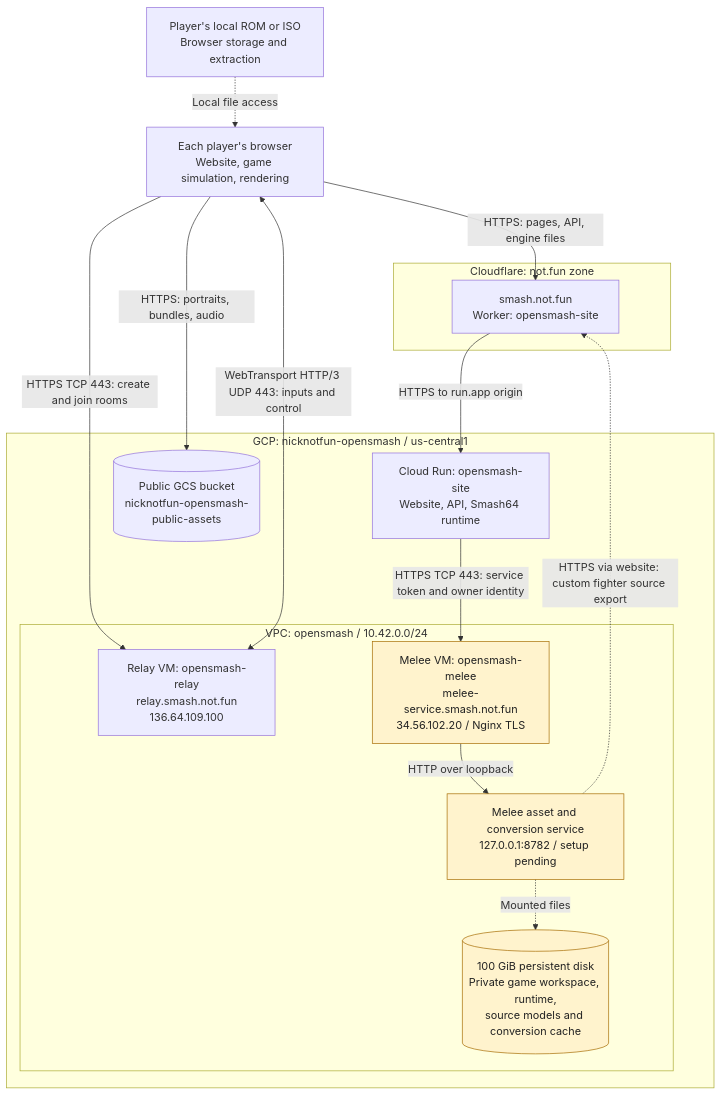
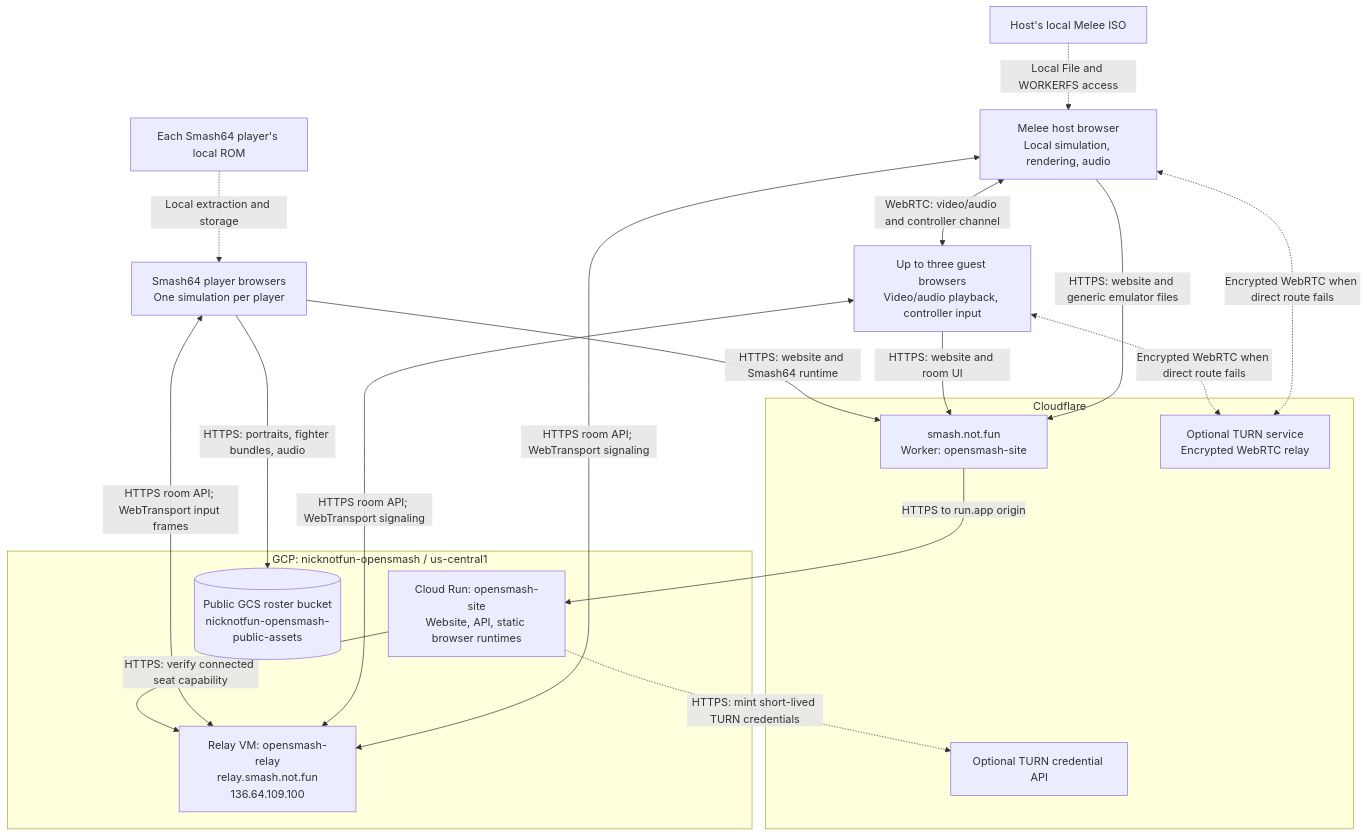
The first of 4 diagrams in deploy/ARCHITECTURE.md (nicknotfun/opensmash), drawn with Mermaid before and after one commit. The commit also changed other lines of this file and 40 other files, not shown here.

Commit message:
Run Melee in the host browser with relay signaling and WebRTC guests

````diff
--- a/deploy/ARCHITECTURE.md
+++ b/deploy/ARCHITECTURE.md
@@ -17,35 +33,36 @@
 ```mermaid
 flowchart TD
-    player["Each player's browser<br/>Website, game simulation, rendering"]
-    local["Player's local ROM or ISO<br/>Browser storage and extraction"]
-    local -.->|Local file access| player
+    host["Melee host browser<br/>Local simulation, rendering, audio"]
+    guests["Up to three guest browsers<br/>Video/audio playback, controller input"]
+    ssb["Smash64 player browsers<br/>One simulation per player"]
+    iso["Host's local Melee ISO"]
+    rom["Each Smash64 player's local ROM"]
+    iso -.->|Local File and WORKERFS access| host
+    rom -.->|Local extraction and storage| ssb
 
-    subgraph cloudflare["Cloudflare: not.fun zone"]
+    subgraph cloudflare["Cloudflare"]
         worker["smash.not.fun<br/>Worker: opensmash-site"]
+        turn["Optional TURN service<br/>Encrypted WebRTC relay"]
+        turnapi["Optional TURN credential API"]
     end
 
     subgraph gcp["GCP: nicknotfun-opensmash / us-central1"]
-        site["Cloud Run: opensmash-site<br/>Website, API, Smash64 runtime"]
-        assets[("Public GCS bucket<br/>nicknotfun-opensmash-public-assets")]
-
-        subgraph vpc["VPC: opensmash / 10.42.0.0/24"]
-            relay["Relay VM: opensmash-relay<br/>relay.smash.not.fun<br/>136.64.109.100"]
-            nginx["Melee VM: opensmash-melee<br/>melee-service.smash.not.fun<br/>34.56.102.20 / Nginx TLS"]
-            melee["Melee asset and conversion service<br/>127.0.0.1:8782 / setup pending"]
-            disk[("100 GiB persistent disk<br/>Private game workspace, runtime,<br/>source models and conversion cache")]
-            nginx -->|HTTP over loopback| melee
-            melee -.->|Mounted files| disk
-        end
+        site["Cloud Run: opensmash-site<br/>Website, API, static browser runtimes"]
+        assets[("Public GCS roster bucket<br/>nicknotfun-opensmash-public-assets")]
+        relay["Relay VM: opensmash-relay<br/>relay.smash.not.fun<br/>136.64.109.100"]
     end
 
-    player -->|HTTPS: pages, API, engine files| worker
+    host -->|HTTPS: website and generic emulator files| worker
+    guests -->|HTTPS: website and room UI| worker
+    ssb -->|HTTPS: website and Smash64 runtime| worker
     worker -->|HTTPS to run.app origin| site
-    player -->|HTTPS: portraits, bundles, audio| assets
-    player -->|HTTPS TCP 443: create and join rooms| relay
-    player <-->|WebTransport HTTP/3 UDP 443: inputs and control| relay
-    site -->|HTTPS TCP 443: service token and owner identity| nginx
-    melee -.->|HTTPS via website: custom fighter source export| worker
-
-    classDef pending fill:#fff3cd,stroke:#a66b00,color:#222;
-    class nginx,melee,disk pending;
+    ssb -->|HTTPS: portraits, fighter bundles, audio| assets
+    host <-->|HTTPS room API; WebTransport signaling| relay
+    guests <-->|HTTPS room API; WebTransport signaling| relay
+    ssb <-->|HTTPS room API; WebTransport input frames| relay
+    host <-->|WebRTC: video/audio and controller channel| guests
+    host <-.->|Encrypted WebRTC when direct route fails| turn
+    guests <-.->|Encrypted WebRTC when direct route fails| turn
+    site -->|HTTPS: verify connected seat capability| relay
+    site -.->|HTTPS: mint short-lived TURN credentials| turnapi
 ```
````
